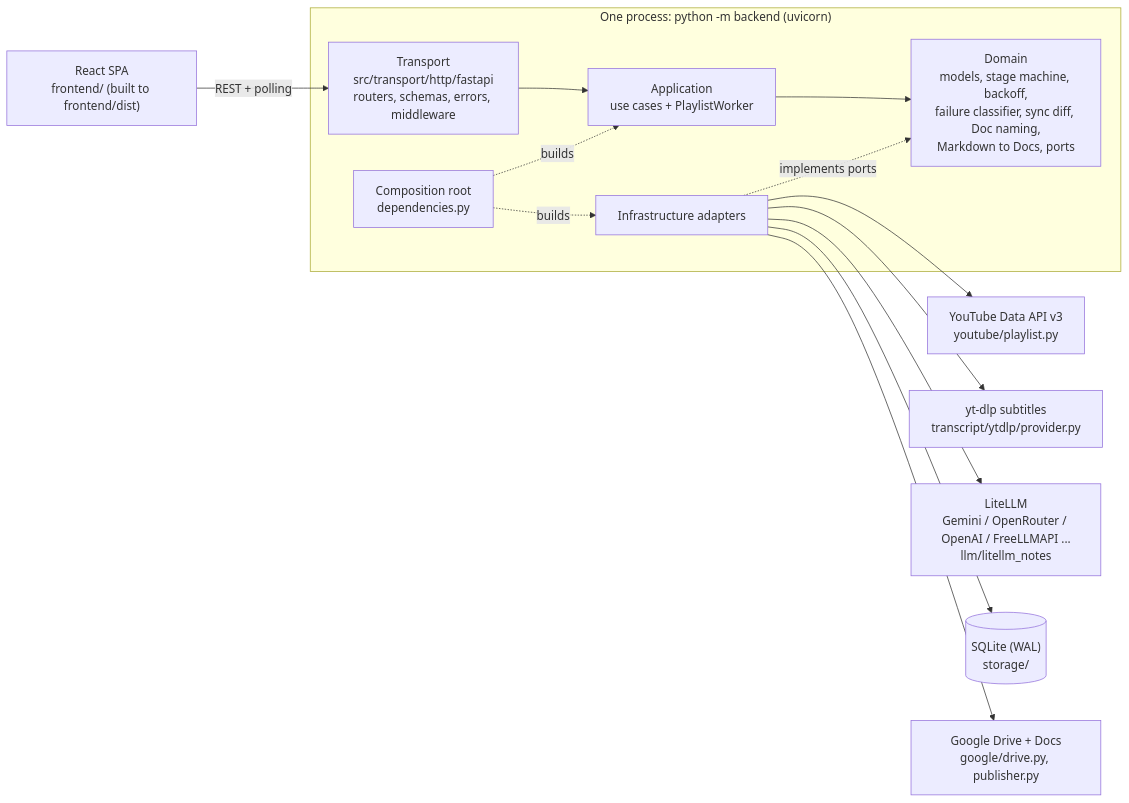
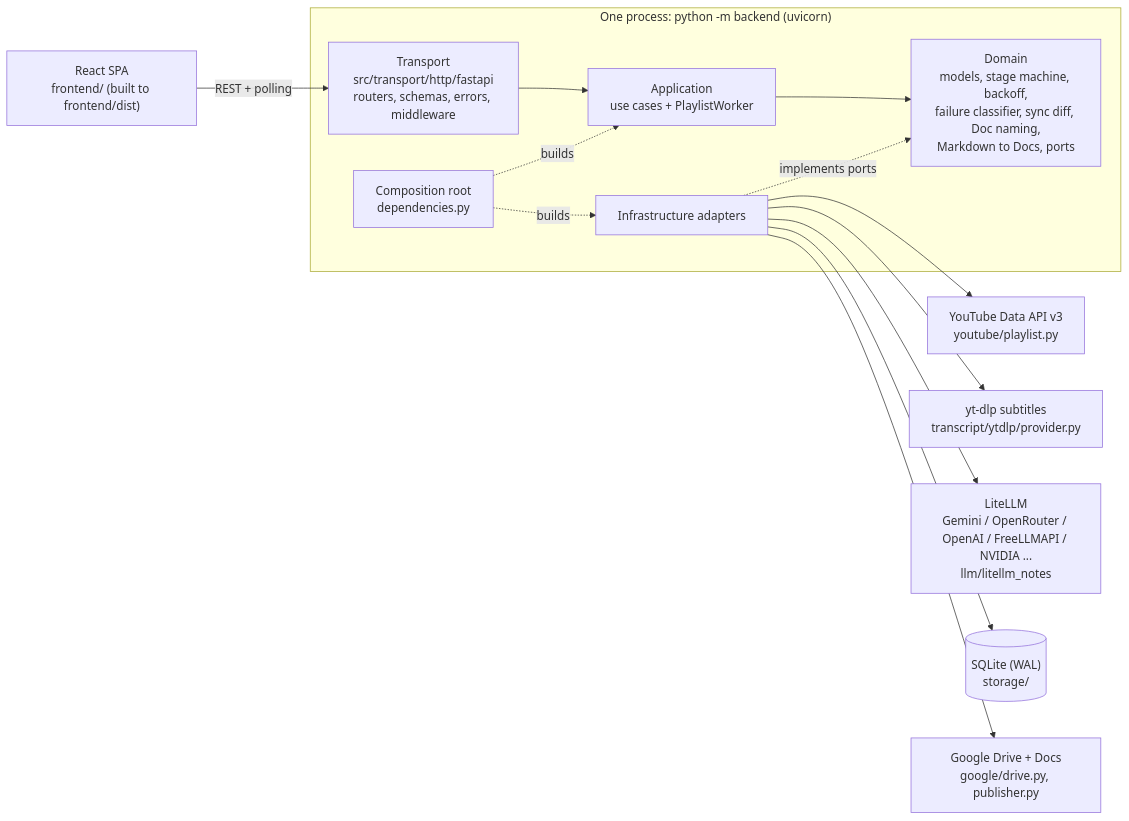
The first of 6 diagrams in docs/ARCHITECTURE.md (vikas794/atlas), drawn with Mermaid before and after one commit. The commit also changed 12 other files, not shown here.

````diff
--- a/docs/ARCHITECTURE.md
+++ b/docs/ARCHITECTURE.md
@@ -13,21 +13,21 @@
 ```mermaid
 flowchart LR
   UI["React SPA<br/>frontend/ (built to frontend/dist)"] -- "REST + polling" --> T
   subgraph Process["One process: python -m backend (uvicorn)"]
     T["Transport<br/>src/transport/http/fastapi<br/>routers, schemas, errors, middleware"]
     CR["Composition root<br/>dependencies.py"]
     A["Application<br/>use cases + PlaylistWorker"]
     D["Domain<br/>models, stage machine, backoff,<br/>failure classifier, sync diff, Doc naming,<br/>Markdown to Docs, ports"]
     I["Infrastructure adapters"]
     T --> A
     CR -. builds .-> A
     CR -. builds .-> I
     A --> D
     I -. implements ports .-> D
   end
   I --> YT["YouTube Data API v3<br/>youtube/playlist.py"]
   I --> YD["yt-dlp subtitles<br/>transcript/ytdlp/provider.py"]
-  I --> LLM["LiteLLM<br/>Gemini / OpenRouter / OpenAI / FreeLLMAPI ...<br/>llm/litellm_notes"]
+  I --> LLM["LiteLLM<br/>Gemini / OpenRouter / OpenAI / FreeLLMAPI / NVIDIA ...<br/>llm/litellm_notes"]
   I --> DB[("SQLite (WAL)<br/>storage/")]
   I --> GD["Google Drive + Docs<br/>google/drive.py, publisher.py"]
 ```
````
